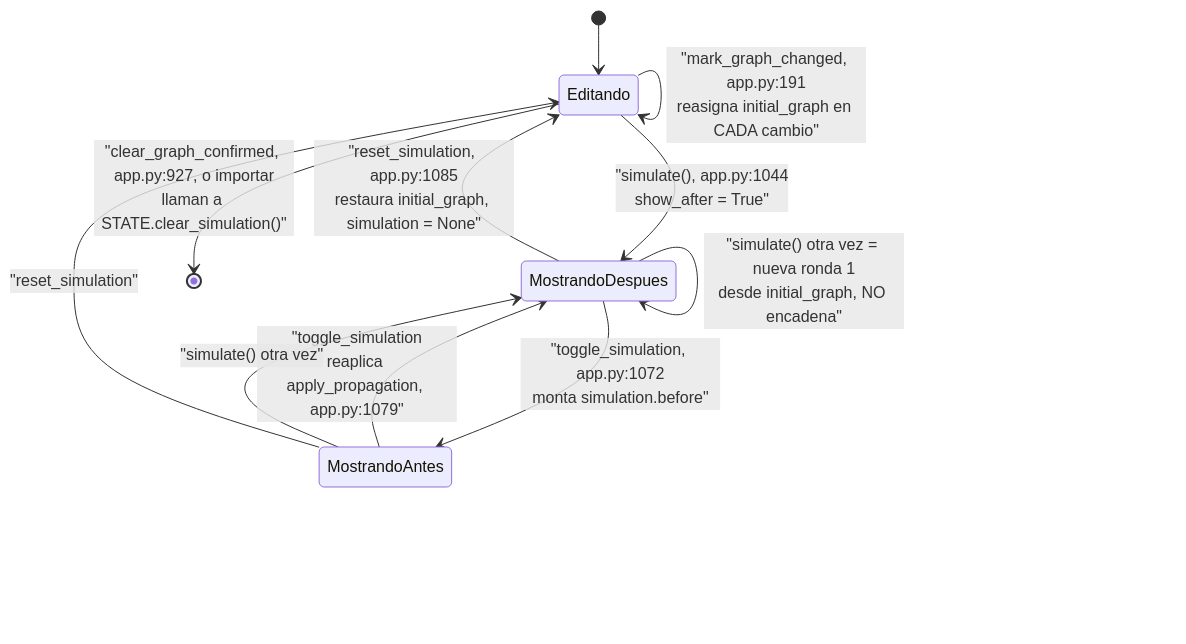
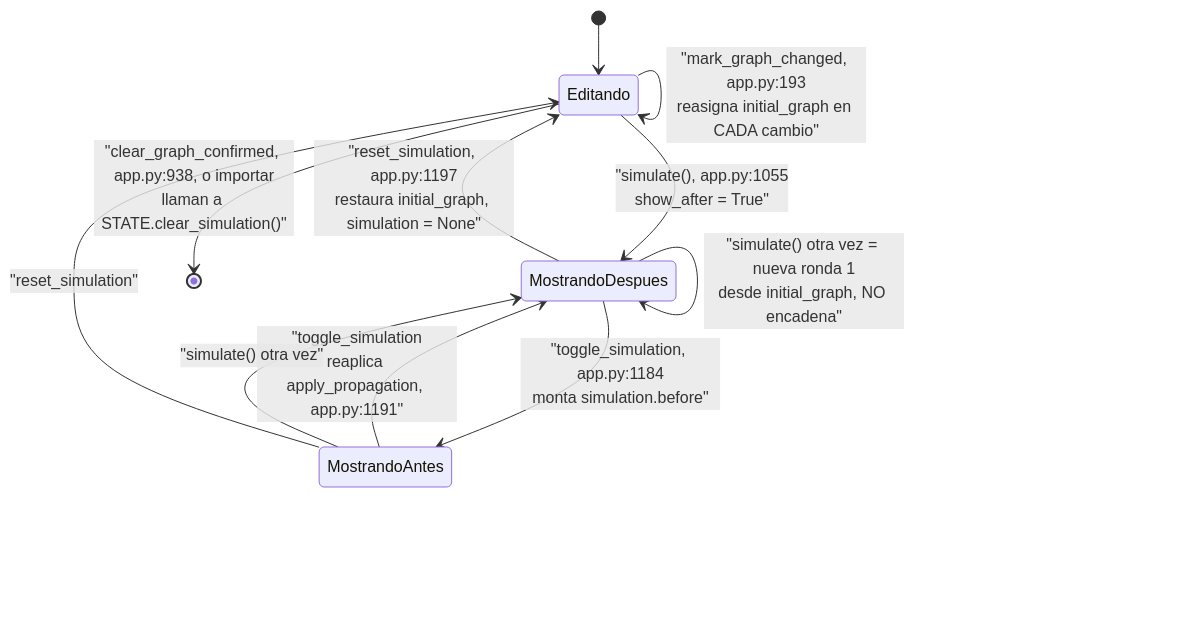
One commit to Rou-uu/consenso-simulador changed the fourth of 4 diagrams in docs/04-simulacion-individual.md. Above: the diagram before and after it, drawn with Mermaid. The commit also changed other lines of this file and 14 other files, not shown here.

````diff
--- a/docs/04-simulacion-individual.md
+++ b/docs/04-simulacion-individual.md
@@ -566,13 +604,13 @@
 ```mermaid
 stateDiagram-v2
     [*] --> Editando
-    Editando --> Editando : "mark_graph_changed, app.py:191<br/>reasigna initial_graph en CADA cambio"
-    Editando --> MostrandoDespues : "simulate(), app.py:1044<br/>show_after = True"
-    MostrandoDespues --> MostrandoAntes : "toggle_simulation, app.py:1072<br/>monta simulation.before"
-    MostrandoAntes --> MostrandoDespues : "toggle_simulation<br/>reaplica apply_propagation, app.py:1079"
+    Editando --> Editando : "mark_graph_changed, app.py:193<br/>reasigna initial_graph en CADA cambio"
+    Editando --> MostrandoDespues : "simulate(), app.py:1055<br/>show_after = True"
+    MostrandoDespues --> MostrandoAntes : "toggle_simulation, app.py:1184<br/>monta simulation.before"
+    MostrandoAntes --> MostrandoDespues : "toggle_simulation<br/>reaplica apply_propagation, app.py:1191"
     MostrandoDespues --> MostrandoDespues : "simulate() otra vez = nueva ronda 1<br/>desde initial_graph, NO encadena"
     MostrandoAntes --> MostrandoDespues : "simulate() otra vez"
-    MostrandoDespues --> Editando : "reset_simulation, app.py:1085<br/>restaura initial_graph, simulation = None"
+    MostrandoDespues --> Editando : "reset_simulation, app.py:1197<br/>restaura initial_graph, simulation = None"
     MostrandoAntes --> Editando : "reset_simulation"
-    Editando --> [*] : "clear_graph_confirmed, app.py:927, o importar<br/>llaman a STATE.clear_simulation()"
+    Editando --> [*] : "clear_graph_confirmed, app.py:938, o importar<br/>llaman a STATE.clear_simulation()"
 ```
````
